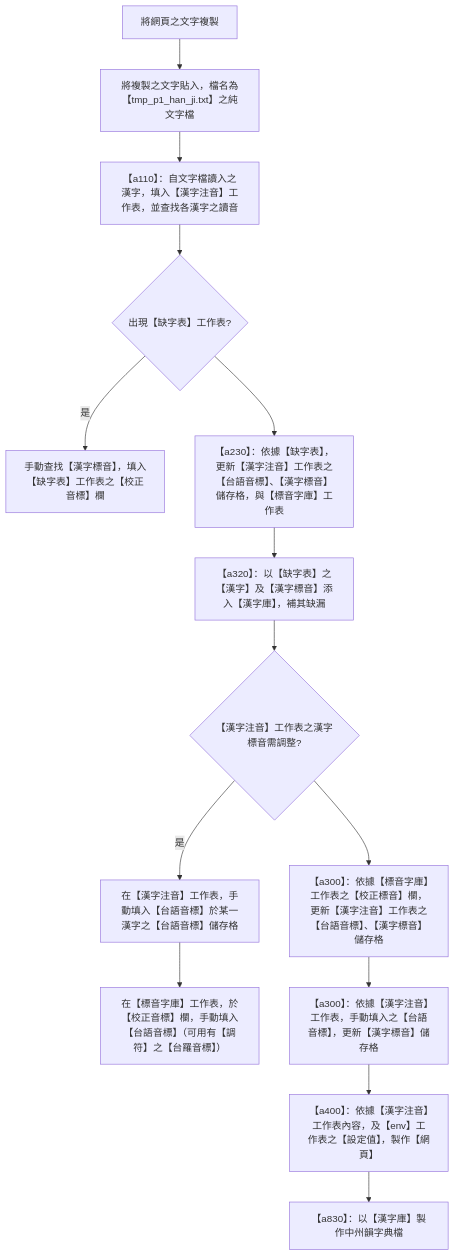
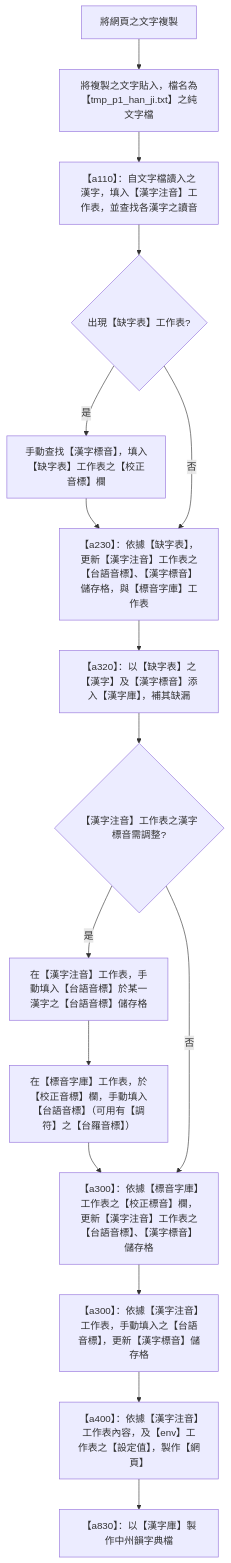
The first of 2 diagrams in Documents/URS-000A_使用文字檔為漢字標音【Mermaid】.md (AlanJui/Piau-Im), drawn with Mermaid before and after one commit.

Commit message:
修正【作業流程圖】語音錯誤之問題。

````diff
--- a/Documents/URS-000A_使用文字檔為漢字標音【Mermaid】.md
+++ b/Documents/URS-000A_使用文字檔為漢字標音【Mermaid】.md
@@ -7,16 +7,18 @@
 ```mermaid
 flowchart TD
     A[將網頁之文字複製] --> B[將複製之文字貼入，檔名為【tmp_p1_han_ji.txt】之純文字檔]
     B --> C[【a110】：自文字檔讀入之漢字，填入【漢字注音】工作表，並查找各漢字之讀音]
     C --> D{出現【缺字表】工作表?}
     D -- 是 --> E[手動查找【漢字標音】，填入【缺字表】工作表之【校正音標】欄]
-    D --> F[【a230】：依據【缺字表】，更新【漢字注音】工作表之【台語音標】、【漢字標音】儲存格，與【標音字庫】工作表]
+    E --> F[【a230】：依據【缺字表】，更新【漢字注音】工作表之【台語音標】、【漢字標音】儲存格，與【標音字庫】工作表]
+    D -- 否 --> F
     F --> G[【a320】：以【缺字表】之【漢字】及【漢字標音】添入【漢字庫】，補其缺漏]
     G --> H{【漢字注音】工作表之漢字標音需調整?}
     H -- 是 --> I[在【漢字注音】工作表，手動填入【台語音標】於某一漢字之【台語音標】儲存格]
     I --> J[在【標音字庫】工作表，於【校正音標】欄，手動填入【台語音標】（可用有【調符】之【台羅音標】）]
-    H --> K[【a300】：依據【標音字庫】工作表之【校正標音】欄，更新【漢字注音】工作表之【台語音標】、【漢字標音】儲存格]
+    J --> K[【a300】：依據【標音字庫】工作表之【校正標音】欄，更新【漢字注音】工作表之【台語音標】、【漢字標音】儲存格]
+    H -- 否 --> K
     K --> L[【a300】：依據【漢字注音】工作表，手動填入之【台語音標】，更新【漢字標音】儲存格]
     L --> M[【a400】：依據【漢字注音】工作表內容，及【env】工作表之【設定值】，製作【網頁】]
     M --> N[【a830】：以【漢字庫】製作中州韻字典檔]
 ```
````
